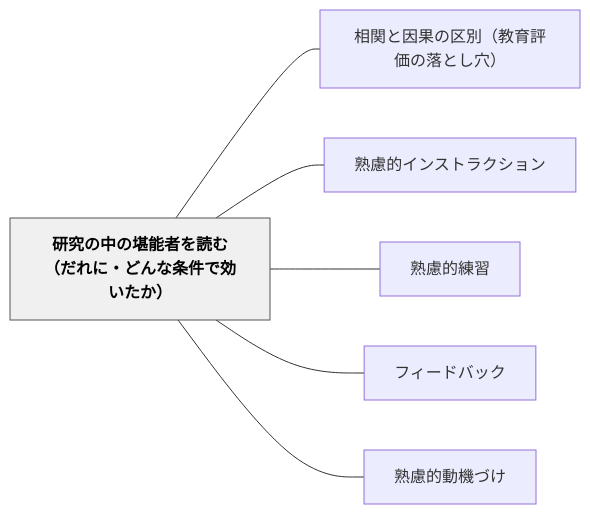
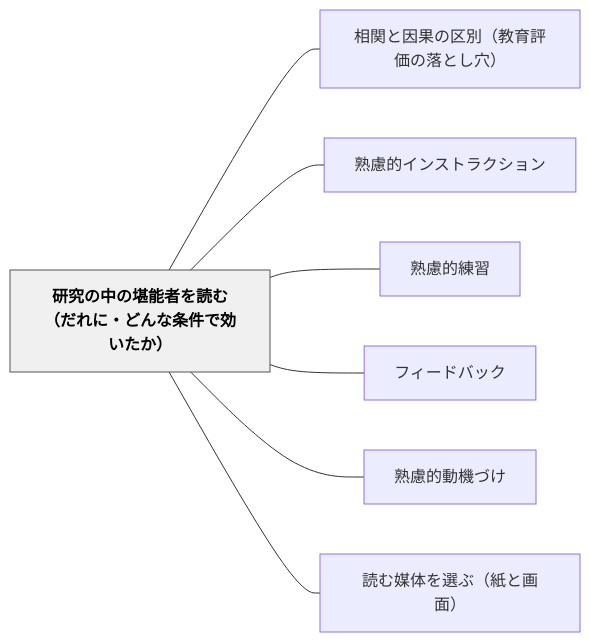
The diagram in content/パタン/研究の中の堪能者を読む（だれに・どんな条件で効いたか）.md (unknownthings-ed-patterns/unknownthings-ed-patterns), drawn with Mermaid before and after one commit. The commit also changed other lines of this file and 11 other files, not shown here.

````diff
--- a/content/パタン/研究の中の堪能者を読む（だれに・どんな条件で効いたか）.md
+++ b/content/パタン/研究の中の堪能者を読む（だれに・どんな条件で効いたか）.md
@@ -312,18 +312,20 @@
 ```mermaid
 flowchart LR
     ne7a094e7a9b6e381aee4b8ade381aee5a0aae883bde88085e38292e8aaade38280efbc88e381a0e3828ce381abe383bbe381a9e38293e381aae69da1e4bbb6e381a7e58ab9e38184e3819fe3818befbc89["研究の中の堪能者を読む（だれに・どんな条件で効いたか）"]
     ne79bb8e996a2e381a8e59ba0e69e9ce381aee58cbae588a5efbc88e69599e882b2e8a995e4bea1e381aee890bde381a8e38197e7a9b4efbc89["相関と因果の区別（教育評価の落とし穴）"]
     ne7869fe685aee79a84e382a4e383b3e382b9e38388e383a9e382afe382b7e383a7e383b3["熟慮的インストラクション"]
     ne7869fe685aee79a84e7b7b4e7bf92["熟慮的練習"]
     ne38395e382a3e383bce38389e38390e38383e382af["フィードバック"]
     ne7869fe685aee79a84e58b95e6a99fe381a5e38191["熟慮的動機づけ"]
+    ne8aaade38280e5aa92e4bd93e38292e981b8e381b6efbc88e7b499e381a8e794bbe99da2efbc89["読む媒体を選ぶ（紙と画面）"]
 
     ne7a094e7a9b6e381aee4b8ade381aee5a0aae883bde88085e38292e8aaade38280efbc88e381a0e3828ce381abe383bbe381a9e38293e381aae69da1e4bbb6e381a7e58ab9e38184e3819fe3818befbc89 --- ne79bb8e996a2e381a8e59ba0e69e9ce381aee58cbae588a5efbc88e69599e882b2e8a995e4bea1e381aee890bde381a8e38197e7a9b4efbc89
     ne7a094e7a9b6e381aee4b8ade381aee5a0aae883bde88085e38292e8aaade38280efbc88e381a0e3828ce381abe383bbe381a9e38293e381aae69da1e4bbb6e381a7e58ab9e38184e3819fe3818befbc89 --- ne7869fe685aee79a84e382a4e383b3e382b9e38388e383a9e382afe382b7e383a7e383b3
     ne7a094e7a9b6e381aee4b8ade381aee5a0aae883bde88085e38292e8aaade38280efbc88e381a0e3828ce381abe383bbe381a9e38293e381aae69da1e4bbb6e381a7e58ab9e38184e3819fe3818befbc89 --- ne7869fe685aee79a84e7b7b4e7bf92
     ne7a094e7a9b6e381aee4b8ade381aee5a0aae883bde88085e38292e8aaade38280efbc88e381a0e3828ce381abe383bbe381a9e38293e381aae69da1e4bbb6e381a7e58ab9e38184e3819fe3818befbc89 --- ne38395e382a3e383bce38389e38390e38383e382af
     ne7a094e7a9b6e381aee4b8ade381aee5a0aae883bde88085e38292e8aaade38280efbc88e381a0e3828ce381abe383bbe381a9e38293e381aae69da1e4bbb6e381a7e58ab9e38184e3819fe3818befbc89 --- ne7869fe685aee79a84e58b95e6a99fe381a5e38191
+    ne7a094e7a9b6e381aee4b8ade381aee5a0aae883bde88085e38292e8aaade38280efbc88e381a0e3828ce381abe383bbe381a9e38293e381aae69da1e4bbb6e381a7e58ab9e38184e3819fe3818befbc89 --- ne8aaade38280e5aa92e4bd93e38292e981b8e381b6efbc88e7b499e381a8e794bbe99da2efbc89
 
     classDef hub fill:#f0f0f0,stroke:#555,color:#000,font-weight:bold
     class ne7a094e7a9b6e381aee4b8ade381aee5a0aae883bde88085e38292e8aaade38280efbc88e381a0e3828ce381abe383bbe381a9e38293e381aae69da1e4bbb6e381a7e58ab9e38184e3819fe3818befbc89 hub
 ```
````
